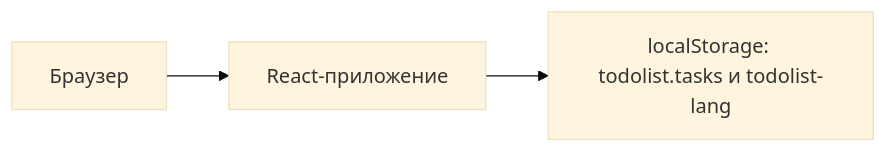
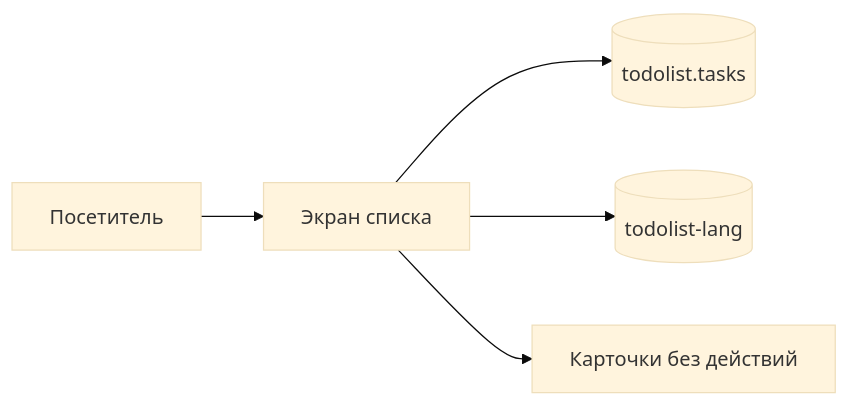
One commit to kartuznik/todolist_test changed the diagram in README.md. Above: the diagram before and after it, drawn with Mermaid (base theme). The commit also changed other lines of this file and 2 other files, not shown here.

````diff
--- a/README.md
+++ b/README.md
@@ -84,8 +111,7 @@
 ```mermaid
 flowchart LR
-  browser[Браузер]
-  app[React-приложение]
-  storage["localStorage: todolist.tasks и todolist-lang"]
-  browser --> app
-  app --> storage
+  visitor[Посетитель] --> app[Экран списка]
+  app --> tasks[(todolist.tasks)]
+  app --> lang[(todolist-lang)]
+  app --> cards[Карточки без действий]
 ```
````
